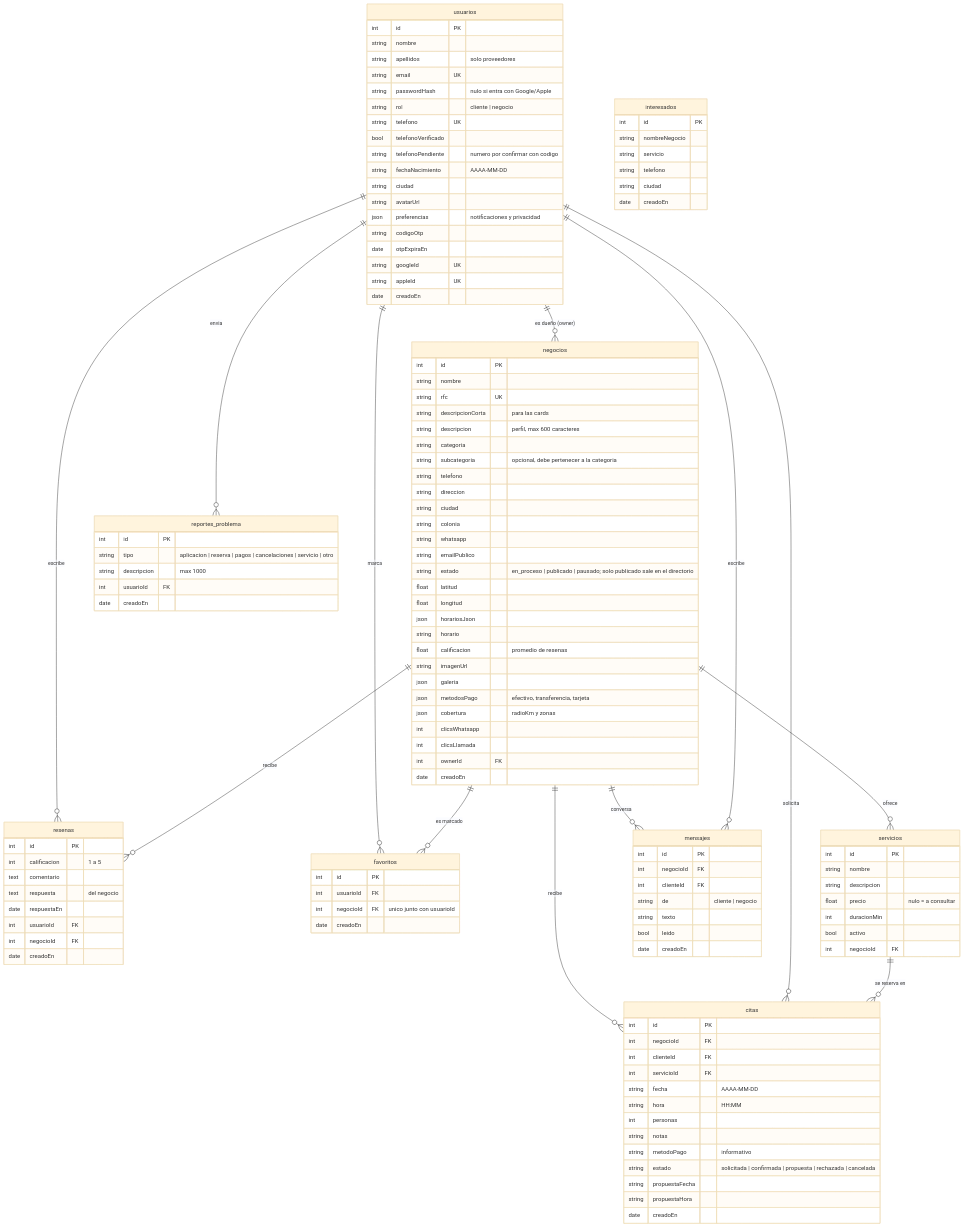
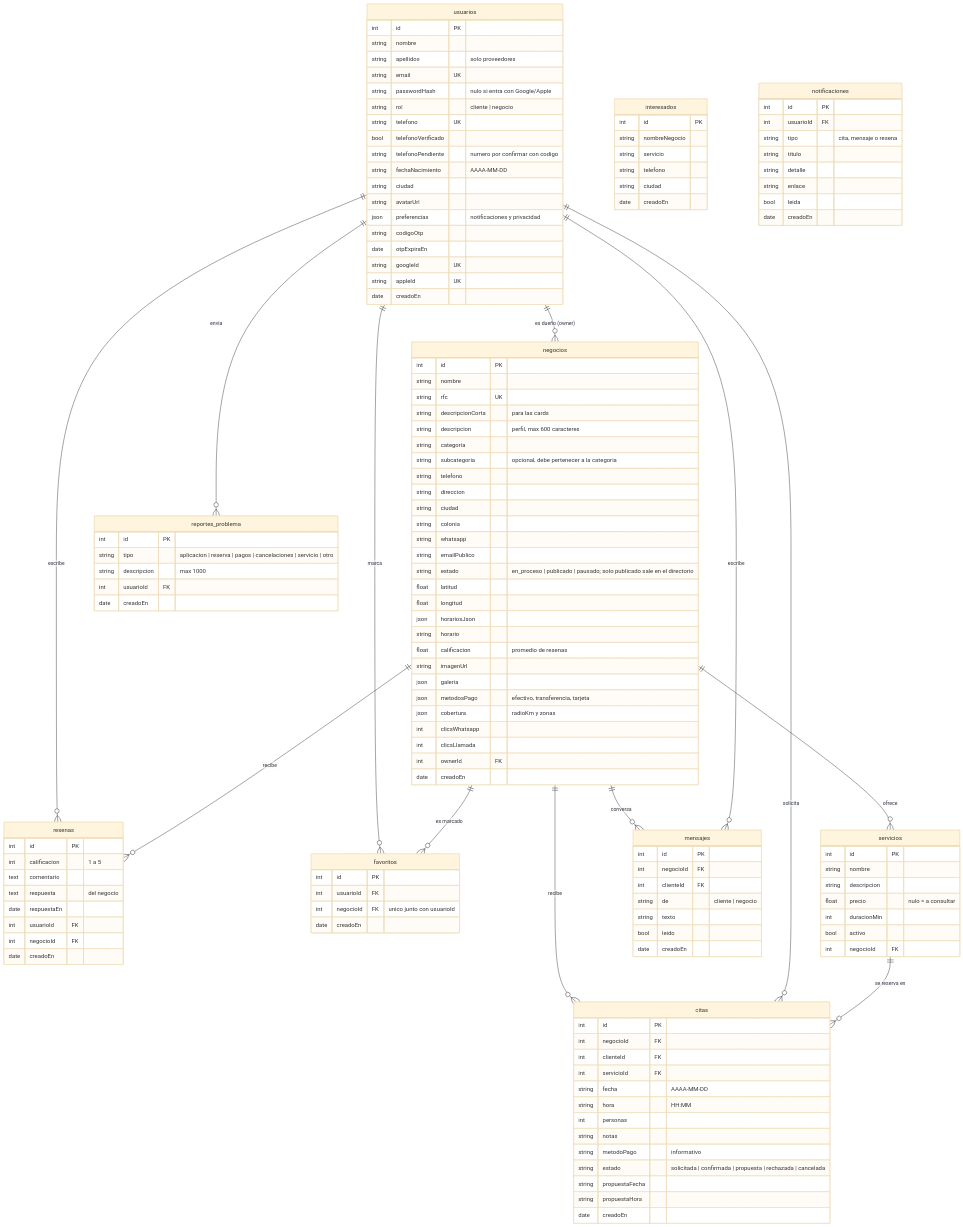
One commit to lonzo260703-design/Divika-APP-PRIME changed the diagram in docs/base-de-datos.md. Above: the diagram before and after it, drawn with Mermaid (base theme). The commit also changed other lines of this file and 21 other files, not shown here.

```diff
--- a/docs/base-de-datos.md
+++ b/docs/base-de-datos.md
@@ -124,6 +124,16 @@
     string ciudad
     date creadoEn
   }
+  notificaciones {
+    int id PK
+    int usuarioId FK
+    string tipo "cita, mensaje o resena"
+    string titulo
+    string detalle
+    string enlace
+    bool leida
+    date creadoEn
+  }
   favoritos {
     int id PK
     int usuarioId FK
```
